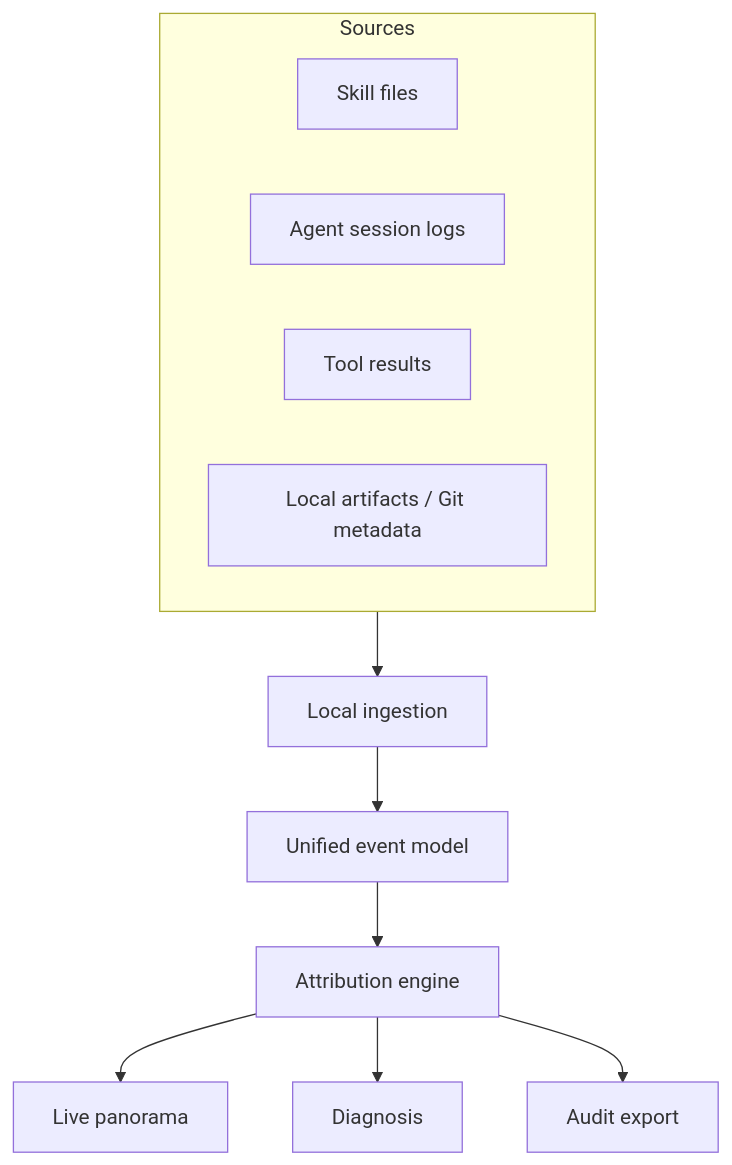
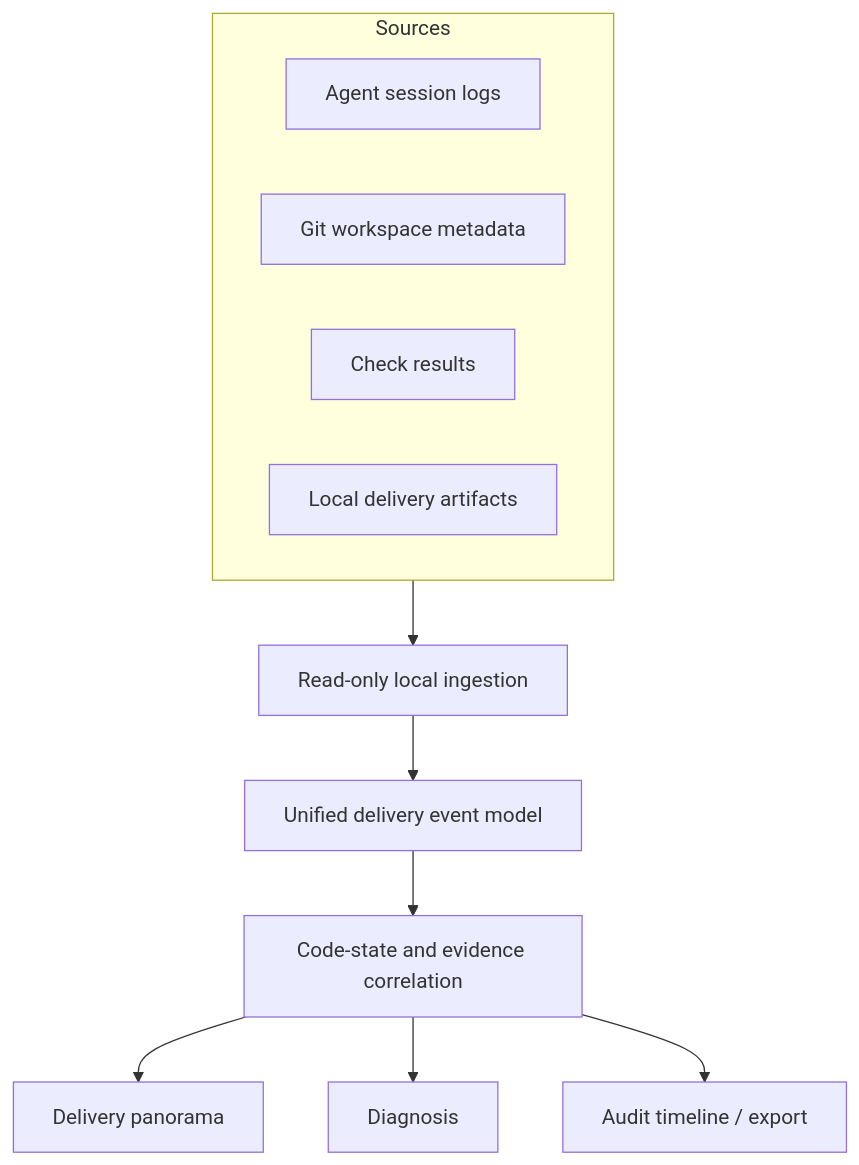
Before and after one commit to hellogxp/stateseal: the diagram in docs/product-map.md, drawn with Mermaid. The commit also changed other lines of this file and 59 other files, not shown here.

First line of the commit message:
docs: reposition as read-only delivery intelligence and sync i18n

````diff
--- a/docs/product-map.md
+++ b/docs/product-map.md
@@ -8,15 +9,15 @@
 ```mermaid
 flowchart TB
   subgraph Sources
-    S1["Skill files"]
-    S2["Agent session logs"]
-    S3["Tool results"]
-    S4["Local artifacts / Git metadata"]
+    S1["Agent session logs"]
+    S2["Git workspace metadata"]
+    S3["Check results"]
+    S4["Local delivery artifacts"]
   end
-  Sources --> I["Local ingestion"]
-  I --> N["Unified event model"]
-  N --> A["Attribution engine"]
-  A --> P["Live panorama"]
-  A --> X["Diagnosis"]
-  A --> U["Audit export"]
+  Sources --> I["Read-only local ingestion"]
+  I --> N["Unified delivery event model"]
+  N --> C["Code-state and evidence correlation"]
+  C --> P["Delivery panorama"]
+  C --> D["Diagnosis"]
+  C --> A["Audit timeline / export"]
 ```
````
